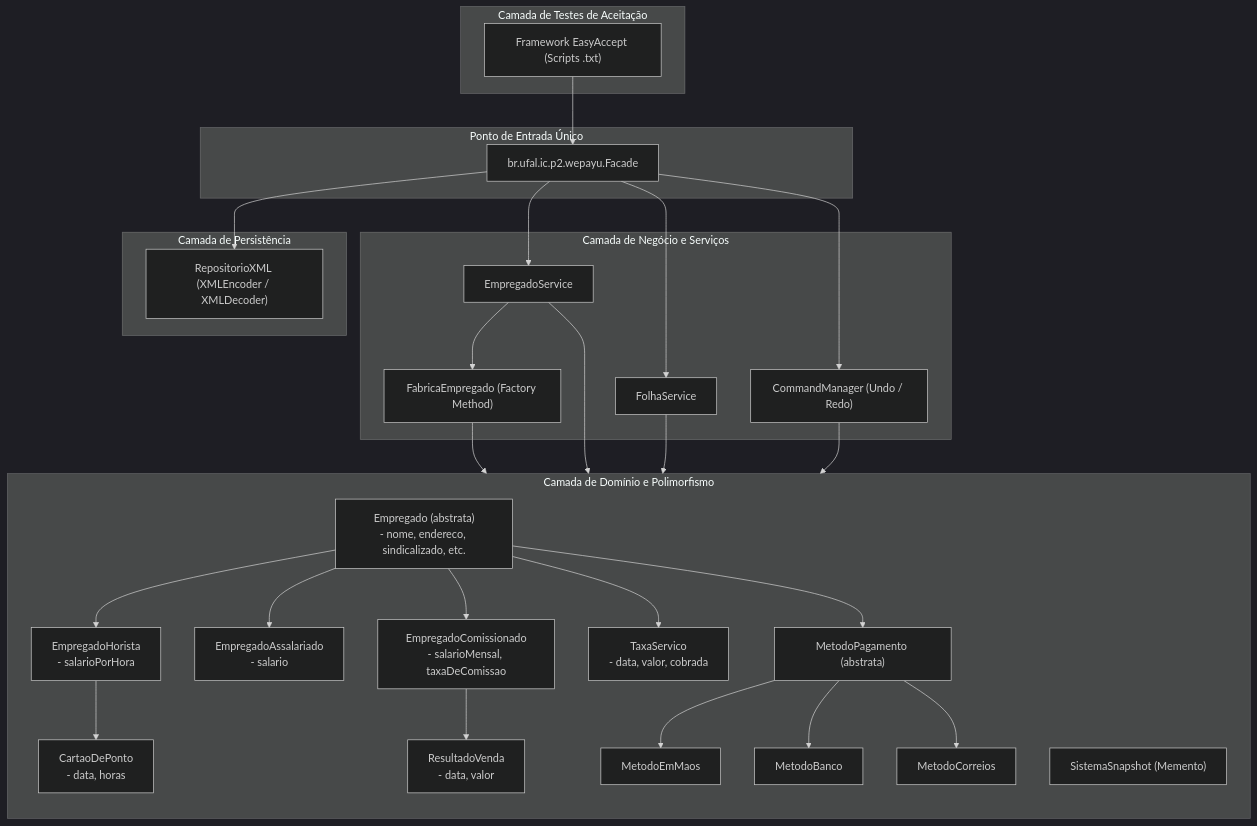
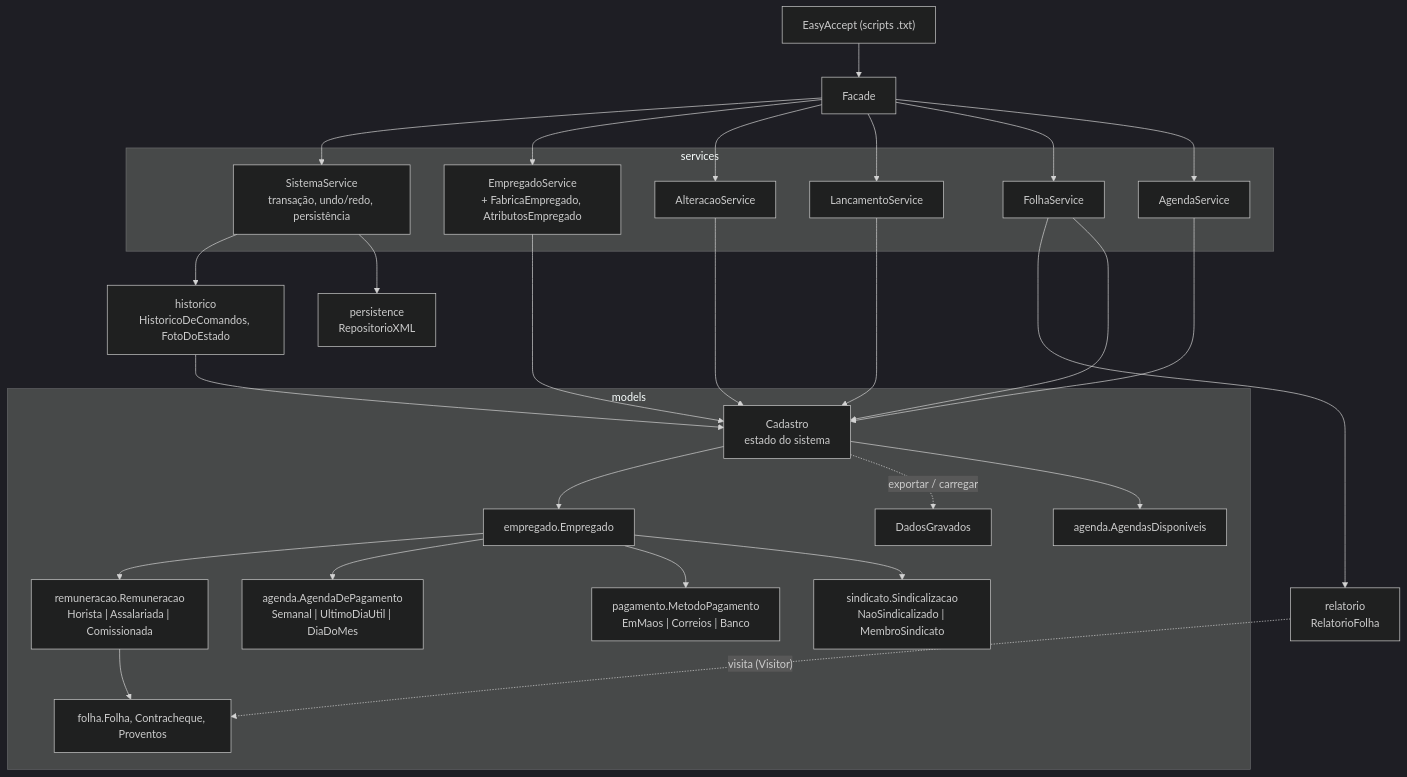
The diagram in README.md (nanameetscode/WePayU-p2), drawn with Mermaid (dark theme) before and after one commit. The commit also changed other lines of this file and 158 other files, not shown here.

````diff
--- a/README.md
+++ b/README.md
@@ -41,65 +40,43 @@
 ```mermaid
 flowchart TD
-    subgraph Test_Layer ["Camada de Testes de Aceitação"]
-        EA["Framework EasyAccept (Scripts .txt)"]
+    EA["EasyAccept (scripts .txt)"] --> F["Facade"]
+
+    subgraph services ["services"]
+        Sis["SistemaService<br/>transação, undo/redo, persistência"]
+        Emp["EmpregadoService<br/>+ FabricaEmpregado, AtributosEmpregado"]
+        Alt["AlteracaoService"]
+        Lan["LancamentoService"]
+        Fol["FolhaService"]
+        Age["AgendaService"]
     end
 
-    subgraph Entrypoint ["Ponto de Entrada Único"]
-        F["br.ufal.ic.p2.wepayu.Facade"]
+    F --> Sis
+    F --> Emp
+    F --> Alt
+    F --> Lan
+    F --> Fol
+    F --> Age
+
+    Sis --> Hist["historico<br/>HistoricoDeComandos, FotoDoEstado"]
+    Sis --> Repo["persistence<br/>RepositorioXML"]
+    Fol --> Rel["relatorio<br/>RelatorioFolha"]
+    Rel -. "visita (Visitor)" .-> C
+
+    subgraph models ["models"]
+        Cad["Cadastro<br/>estado do sistema"] --> E["empregado.Empregado"]
+        Cad -. "exportar / carregar" .-> DG["DadosGravados"]
+        E --> R["remuneracao.Remuneracao<br/>Horista | Assalariada | Comissionada"]
+        E --> A["agenda.AgendaDePagamento<br/>Semanal | UltimoDiaUtil | DiaDoMes"]
+        Cad --> AD["agenda.AgendasDisponiveis"]
+        E --> M["pagamento.MetodoPagamento<br/>EmMaos | Correios | Banco"]
+        E --> S["sindicato.Sindicalizacao<br/>NaoSindicalizado | MembroSindicato"]
+        R --> C["folha.Folha, Contracheque, Proventos"]
     end
 
-    subgraph Business_Layer ["Camada de Negócio e Serviços"]
-        EmpServ["EmpregadoService"]
-        FolhaServ["FolhaService"]
-        CommandMgr["CommandManager (Undo / Redo)"]
-        Fabrica["FabricaEmpregado (Factory Method)"]
-    end
-
-    subgraph Domain_Layer ["Camada de Domínio e Polimorfismo"]
-        direction TB
-
-        E["Empregado (abstrata)<br/>- nome, endereco, sindicalizado, etc."]
-        EH["EmpregadoHorista<br/>- salarioPorHora"]
-        EAssal["EmpregadoAssalariado<br/>- salario"]
-        EC["EmpregadoComissionado<br/>- salarioMensal, taxaDeComissao"]
-
-        CDP["CartaoDePonto<br/>- data, horas"]
-        RV["ResultadoVenda<br/>- data, valor"]
-        TS["TaxaServico<br/>- data, valor, cobrada"]
-
-        MP["MetodoPagamento (abstrata)"]
-        MP_M["MetodoEmMaos"]
-        MP_B["MetodoBanco"]
-        MP_C["MetodoCorreios"]
-
-        Snap["SistemaSnapshot (Memento)"]
-    end
-
-    subgraph Persistence_Layer ["Camada de Persistência"]
-        Repo["RepositorioXML (XMLEncoder / XMLDecoder)"]
-    end
-
-    EA --> F
-    F --> EmpServ
-    F --> FolhaServ
-    F --> CommandMgr
-    F --> Repo
-
-    EmpServ --> Fabrica
-    Fabrica --> E
-    EmpServ --> E
-    FolhaServ --> E
-    CommandMgr --> Snap
-
-    E --> EH
-    E --> EAssal
-    E --> EC
-
-    EH --> CDP
-    EC --> RV
-    E --> TS
-    E --> MP
-    MP --> MP_M
-    MP --> MP_B
-    MP --> MP_C
+    Emp --> Cad
+    Alt --> Cad
+    Lan --> Cad
+    Fol --> Cad
+    Age --> Cad
+    Hist --> Cad
 ```
````
